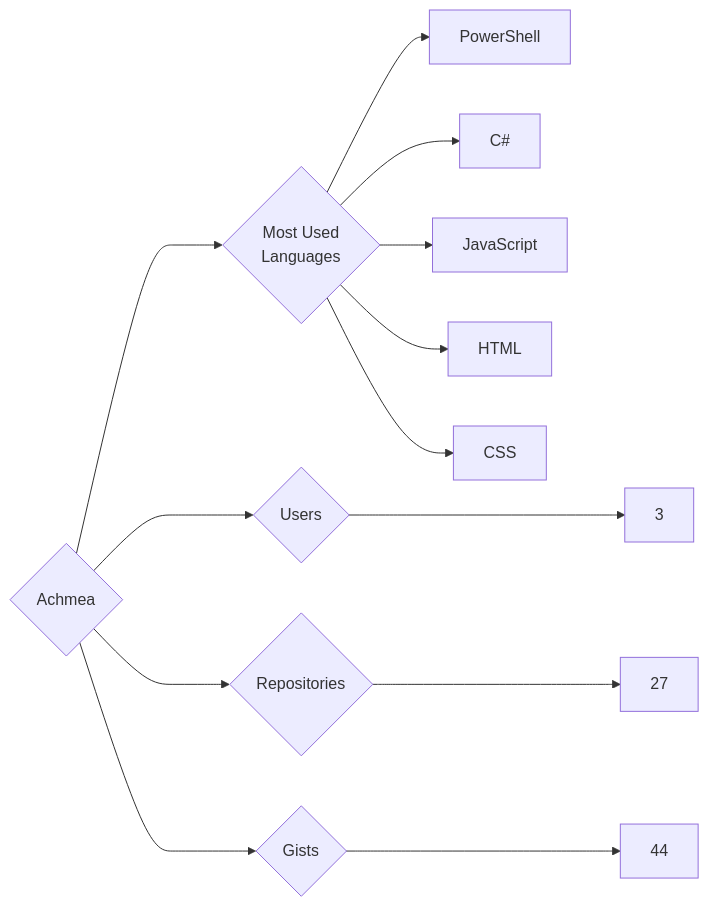
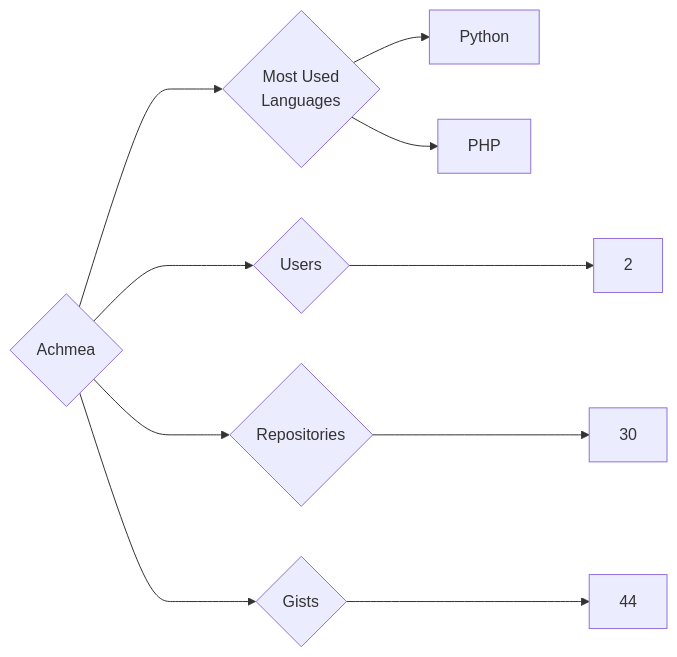
One commit to trickest/insiders changed the diagram in targets/Achmea/README.md. Above: the diagram before and after it, drawn with Mermaid. The commit also changed 859 other files, not shown here.

````diff
--- a/targets/Achmea/README.md
+++ b/targets/Achmea/README.md
@@ -3,13 +3,10 @@
 ```mermaid
 graph LR
 COMPANY_NAME{Achmea}
-COMPANY_NAME ---> U{Users} ---> UN[3]
-COMPANY_NAME ---> R{Repositories} ---> RN[27]
+COMPANY_NAME ---> U{Users} ---> UN[2]
+COMPANY_NAME ---> R{Repositories} ---> RN[30]
 COMPANY_NAME ---> G{Gists} ---> GN[44]
 COMPANY_NAME ---> ML{Most Used<br>Languages}
-ML --> PowerShell[PowerShell]
-ML --> C#[C#]
-ML --> JavaScript[JavaScript]
-ML --> HTML[HTML]
-ML --> CSS[CSS]
+ML --> Python[Python]
+ML --> PHP[PHP]
 ```
````
